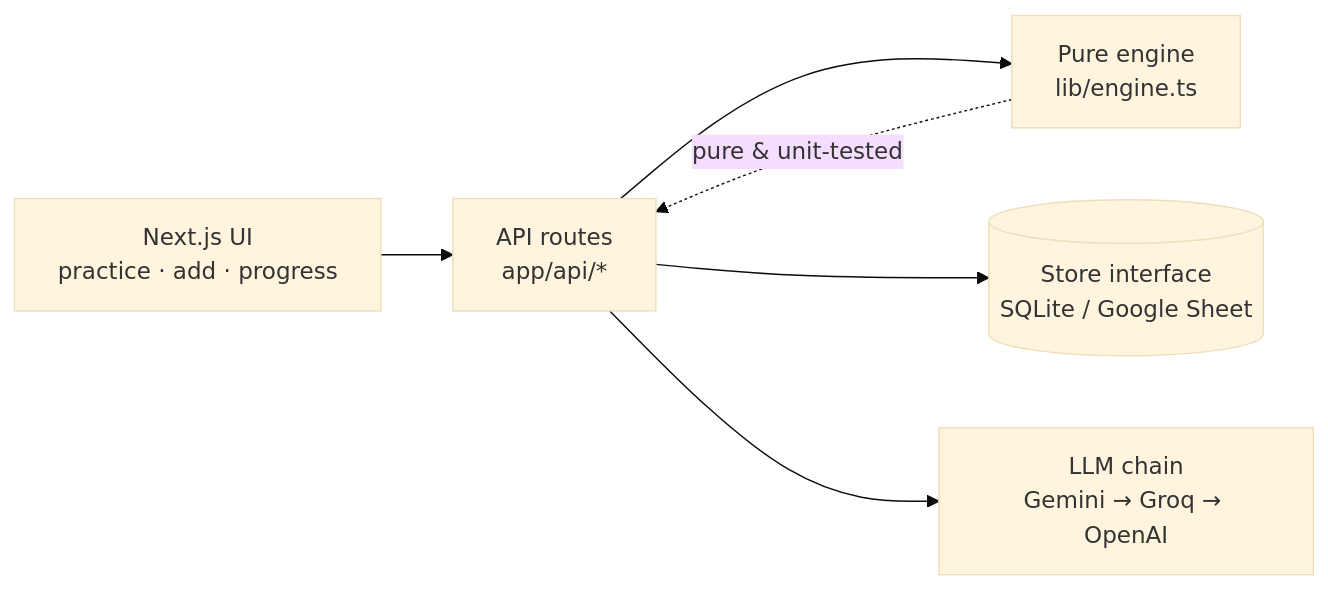
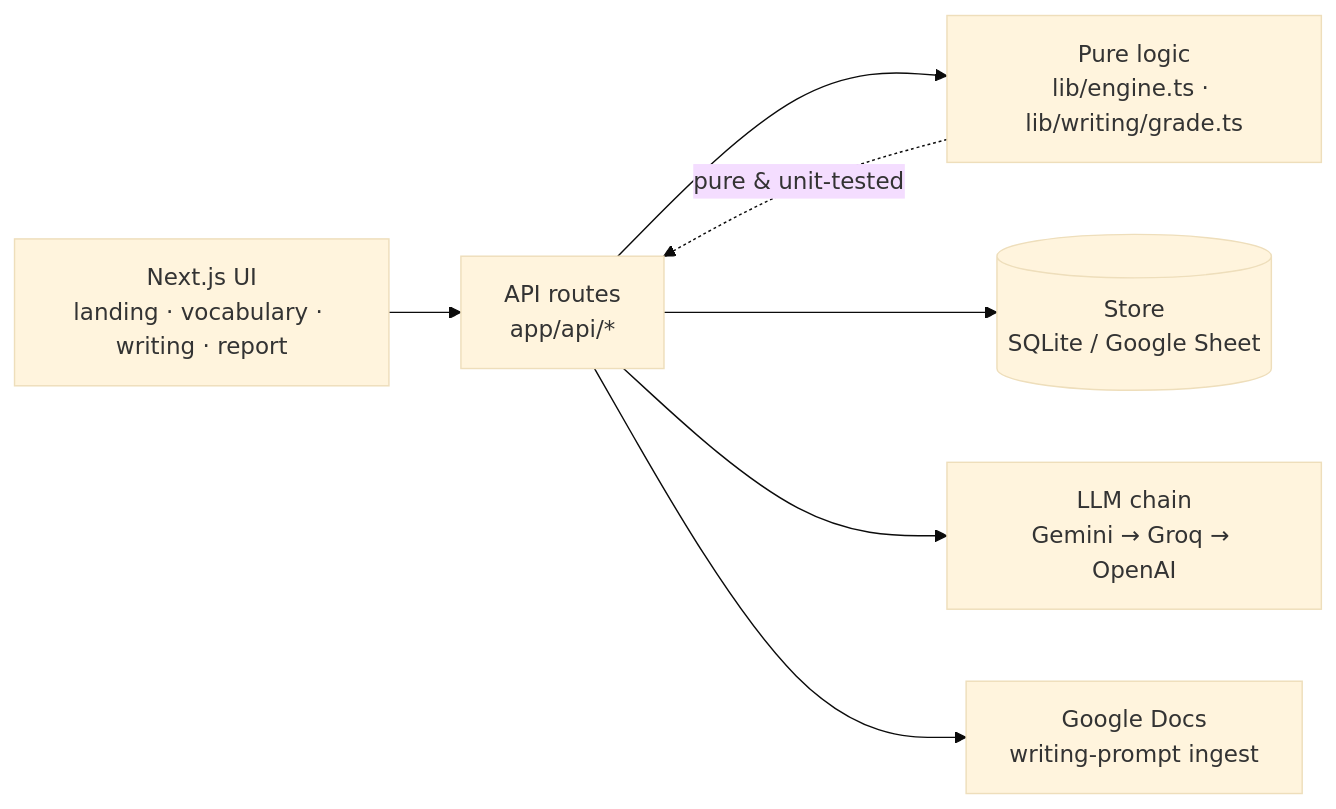
The diagram in README.md (MrTToan/vocab-app), drawn with Mermaid (base theme) before and after one commit. The commit also changed other lines of this file and 6 other files, not shown here.

````diff
--- a/README.md
+++ b/README.md
@@ -28,8 +43,9 @@
 ```mermaid
 flowchart LR
-  UI["Next.js UI<br/>practice · add · progress"] --> API["API routes<br/>app/api/*"]
-  API --> ENG["Pure engine<br/>lib/engine.ts"]
-  API --> STORE[("Store interface<br/>SQLite / Google Sheet")]
+  UI["Next.js UI<br/>landing · vocabulary · writing · report"] --> API["API routes<br/>app/api/*"]
+  API --> ENG["Pure logic<br/>lib/engine.ts · lib/writing/grade.ts"]
+  API --> STORE[("Store<br/>SQLite / Google Sheet")]
   API --> LLM["LLM chain<br/>Gemini → Groq → OpenAI"]
+  API --> GDOC["Google Docs<br/>writing-prompt ingest"]
   ENG -. "pure & unit-tested" .-> API
 ```
````
